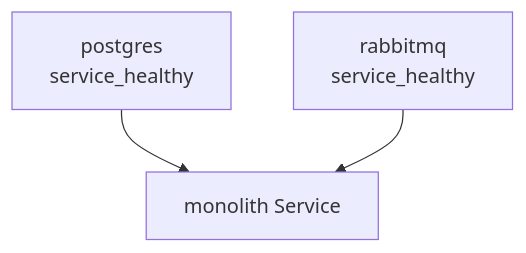
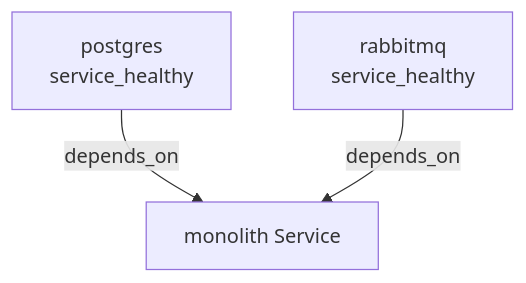
The second of 5 diagrams in docs/deepwiki/Docker-Compose-Deployment.md (philipz/spring-modular-monolith), drawn with Mermaid before and after one commit. The commit also changed other lines of this file and 55 other files, not shown here.

````diff
--- a/docs/deepwiki/Docker-Compose-Deployment.md
+++ b/docs/deepwiki/Docker-Compose-Deployment.md
@@ -160,10 +160,10 @@
 ```mermaid
 flowchart TD
 
 monolith["monolith Service"]
 postgres_dep["postgres<br>service_healthy"]
 rabbitmq_dep["rabbitmq<br>service_healthy"]
 
-postgres_dep --> monolith
-rabbitmq_dep --> monolith
+postgres_dep -->|"depends_on"| monolith
+rabbitmq_dep -->|"depends_on"| monolith
 ```
````
